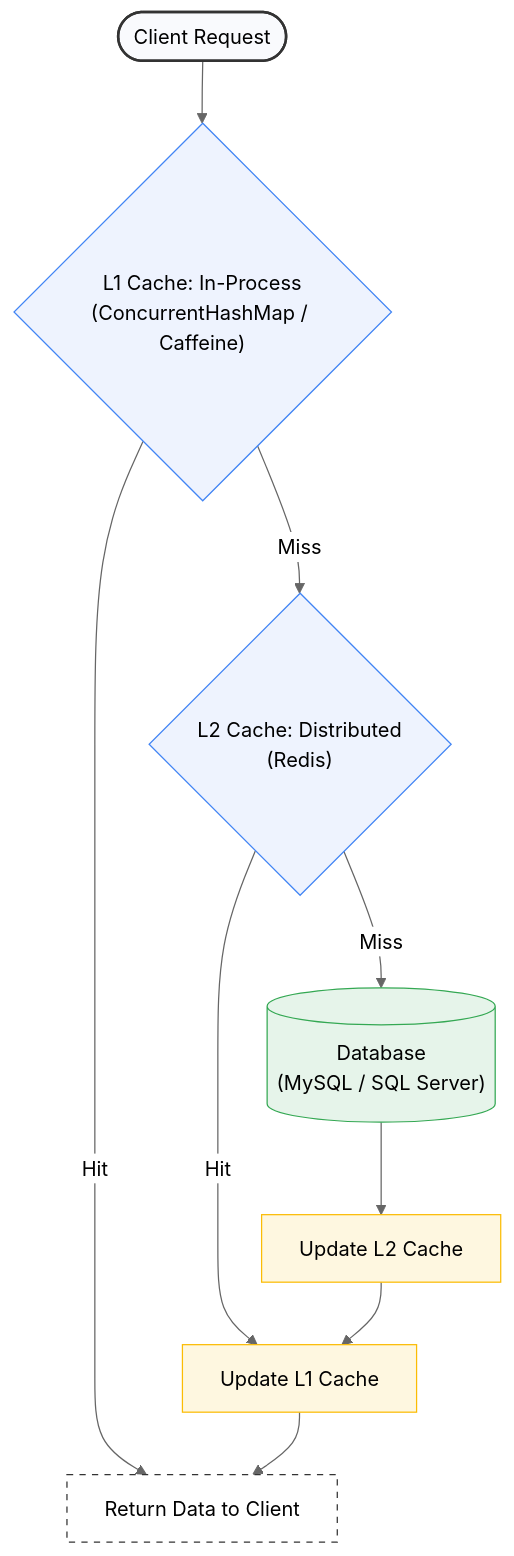
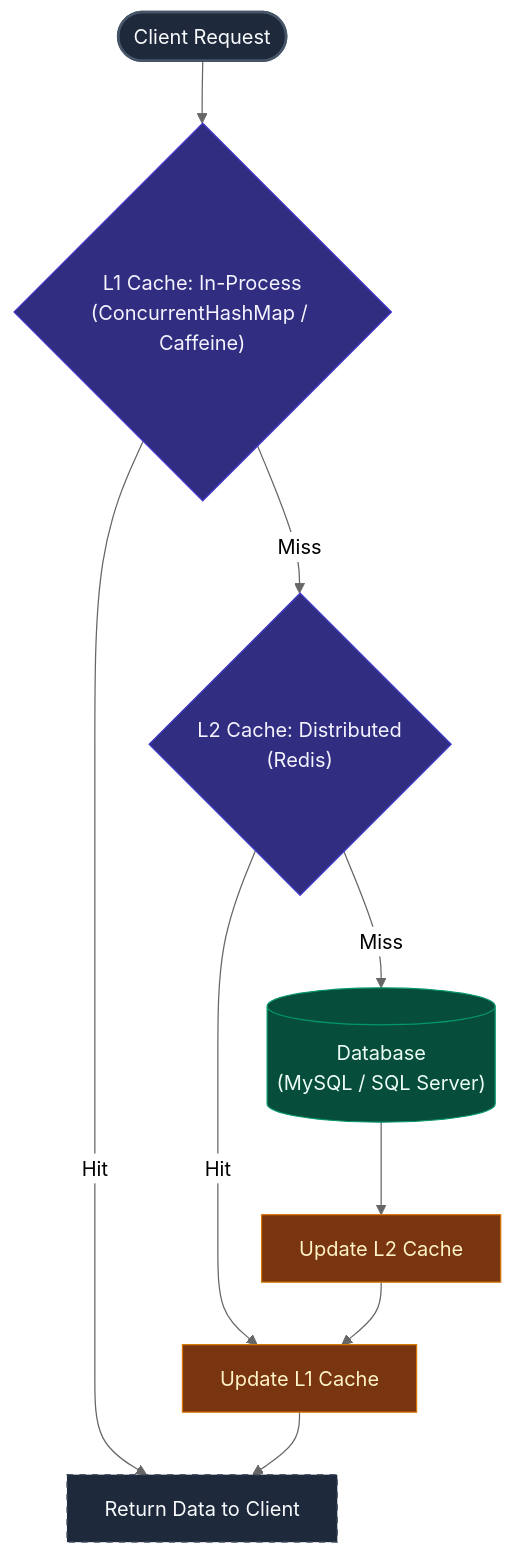
One commit to SaiTeja301/My_Interview_Preparation changed diagram 11 of 12 in Java_jdbc_hibernate_SpringBoot/analysis/Java_Analysis.md. Above: the diagram before and after it, drawn with Mermaid (neutral theme). The commit also changed other lines of this file, not shown here.

Commit message:
style(mermaid): enhance all diagrams for light and dark mode compatibility

````diff
--- a/Java_jdbc_hibernate_SpringBoot/analysis/Java_Analysis.md
+++ b/Java_jdbc_hibernate_SpringBoot/analysis/Java_Analysis.md
@@ -1226,19 +1262,23 @@
 ```mermaid
 graph TD
     Client(["Client Request"]) --> L1{"L1 Cache: In-Process<br>(ConcurrentHashMap / Caffeine)"}
     L1 -->|Hit| ReturnClient["Return Data to Client"]
     L1 -->|Miss| L2{"L2 Cache: Distributed<br>(Redis)"}
 
     L2 -->|Hit| UpdateL1["Update L1 Cache"] --> ReturnClient
     L2 -->|Miss| DB[("Database<br>(MySQL / SQL Server)")]
 
     DB --> UpdateL2["Update L2 Cache"] --> UpdateL1
 
-    style Client fill:#f9fafd,stroke:#333,stroke-width:2px
-    style L1 fill:#eef3fe,stroke:#4285f4,stroke-width:1px
-    style L2 fill:#eef3fe,stroke:#4285f4,stroke-width:1px
-    style DB fill:#e6f4ea,stroke:#34a853,stroke-width:1px
-    style ReturnClient fill:#fff,stroke:#333,stroke-dasharray: 5 5
-    style UpdateL1 fill:#fef7e0,stroke:#fbbc05,stroke-width:1px
-    style UpdateL2 fill:#fef7e0,stroke:#fbbc05,stroke-width:1px
+    classDef clientNode fill:#1E293B,stroke:#475569,color:#F8FAFC,stroke-width:2px;
+    classDef cacheNode fill:#312E81,stroke:#4338CA,color:#F5F3FF,stroke-width:1px;
+    classDef dbNode fill:#064E3B,stroke:#059669,color:#ECFDF5,stroke-width:1px;
+    classDef updateNode fill:#78350F,stroke:#D97706,color:#FEF3C7,stroke-width:1px;
+    classDef returnNode fill:#1E293B,stroke:#475569,color:#F8FAFC,stroke-dasharray: 5 5;
+
+    class Client clientNode;
+    class L1,L2 cacheNode;
+    class DB dbNode;
+    class UpdateL1,UpdateL2 updateNode;
+    class ReturnClient returnNode;
 ```
````
